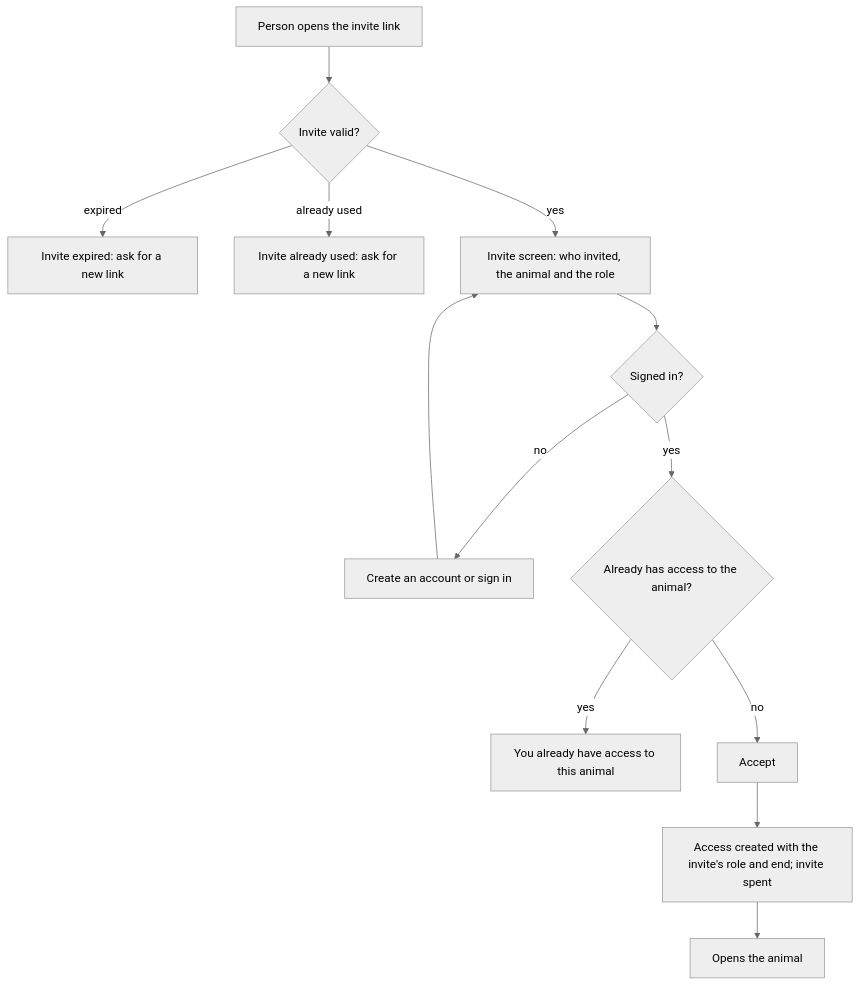
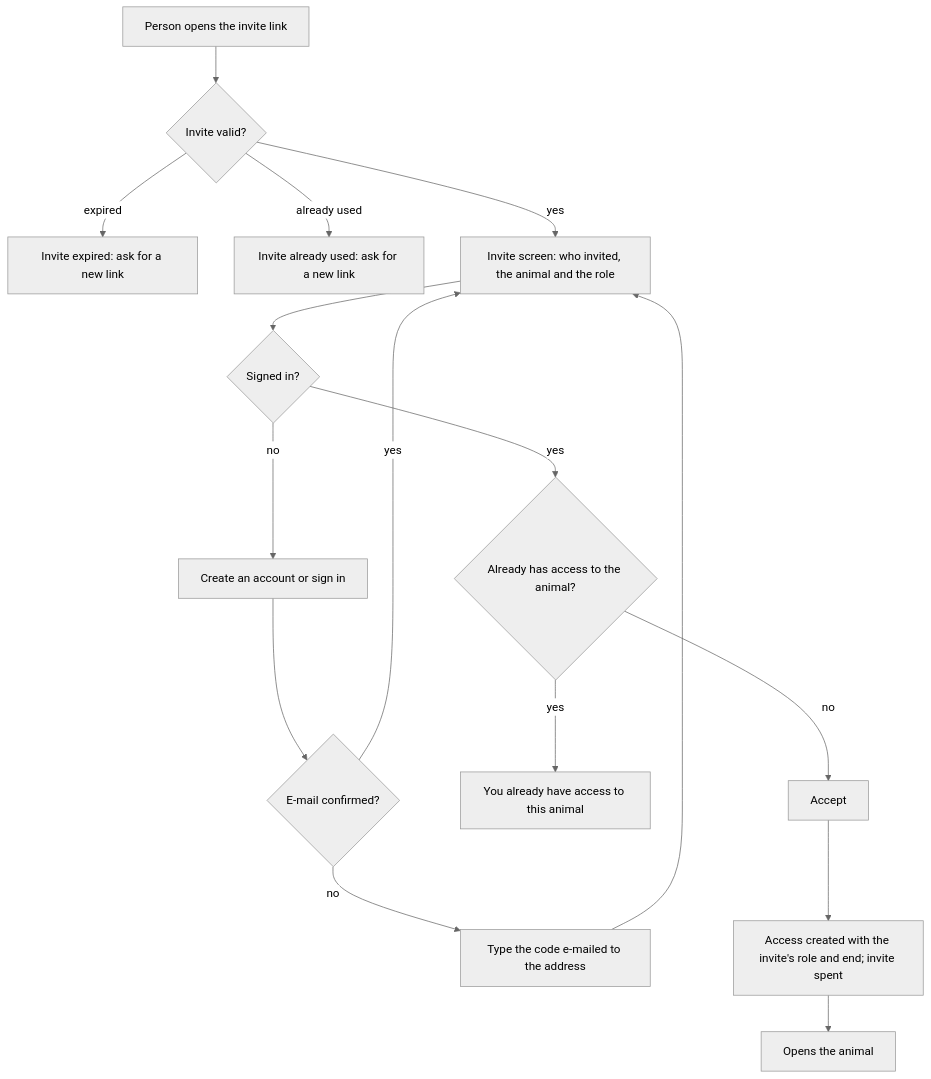
Before and after one commit to ampulla-tech/pets: the diagram in docs/flows/invite-accept.md, drawn with Mermaid (neutral theme). The commit also changed other lines of this file and 2 other files, not shown here.

Commit message:
Decide the web's cookie session and the e-mail confirmed by code (ADR-0002)
The web uses allauth's browser client and the native app keeps the token;
the cookies cross because the web app and the API are the same site. The
e-mail is confirmed at sign-up with a code, and accepting an invite, sent
to no address, does not count as confirming it. The glossary gains the
account and the code; the invite flow gains the code step.

````diff
--- a/docs/flows/invite-accept.md
+++ b/docs/flows/invite-accept.md
@@ -6,15 +8,18 @@
 ```mermaid
 flowchart TD
   A["Person opens the invite link"] --> B{"Invite valid?"}
   B -->|"expired"| X1["Invite expired: ask for a new link"]
   B -->|"already used"| X2["Invite already used: ask for a new link"]
   B -->|"yes"| C["Invite screen: who invited, the animal and the role"]
   C --> D{"Signed in?"}
   D -->|"no"| E["Create an account or sign in"]
-  E --> C
+  E --> V{"E-mail confirmed?"}
+  V -->|"yes"| C
+  V -->|"no"| W["Type the code e-mailed to the address"]
+  W --> C
   D -->|"yes"| F{"Already has access to the animal?"}
   F -->|"yes"| X3["You already have access to this animal"]
   F -->|"no"| G["Accept"]
   G --> H["Access created with the invite's role and end; invite spent"]
   H --> I["Opens the animal"]
 ```
````
